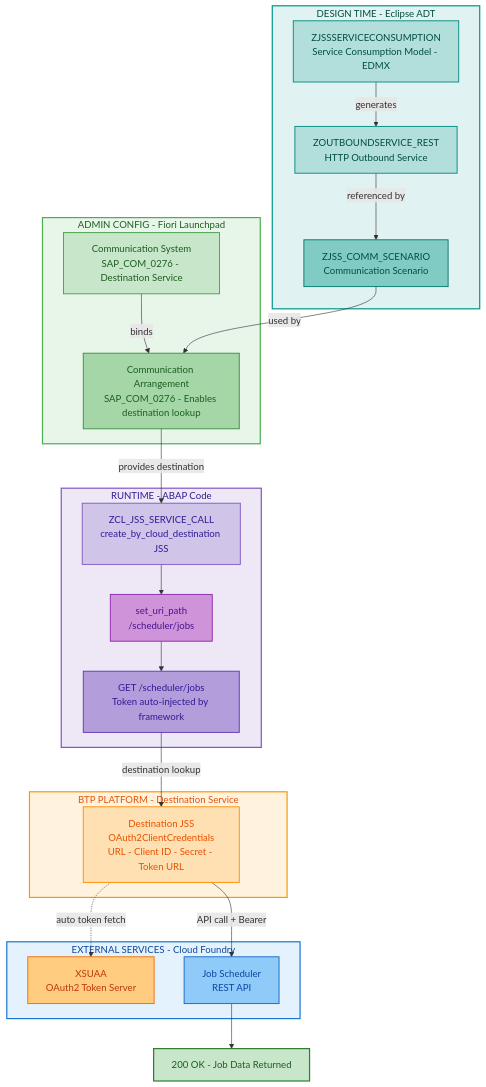
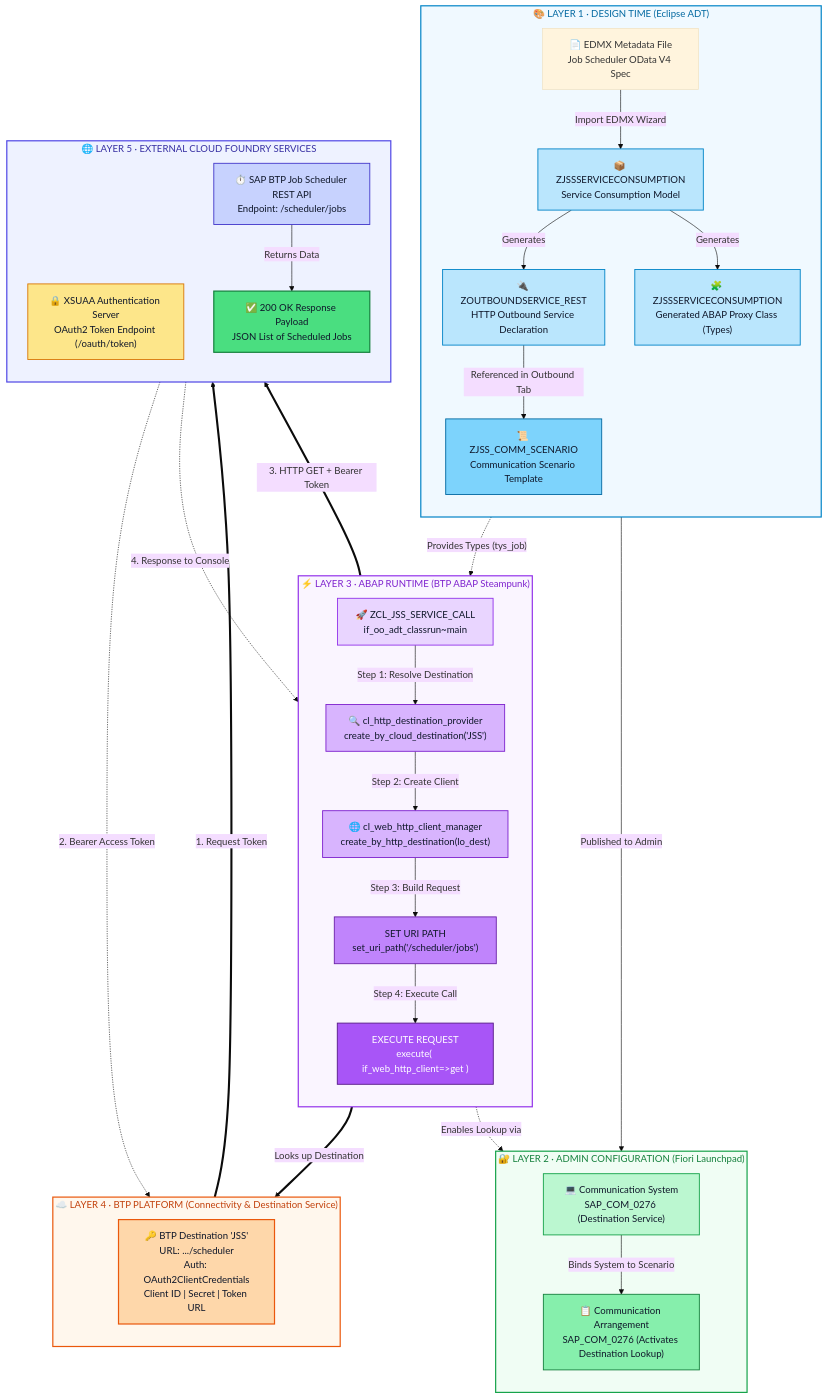
One commit to Kalpa-Ranjan/RAP-Consume-BTP-JSS-Service changed the first of 2 diagrams in README.md. Above: the diagram before and after it, drawn with Mermaid.

Commit message:
docs: enhance end-to-end architecture diagram with 5 color-coded layers and icons

````diff
--- a/README.md
+++ b/README.md
@@ -65,59 +65,86 @@
 ```mermaid
+%%{init: {'theme': 'base', 'themeVariables': { 'curve': 'linear' }}}%%
 flowchart TD
-    subgraph DT["DESIGN TIME - Eclipse ADT"]
-        SCM["ZJSSSERVICECONSUMPTION\nService Consumption Model - EDMX"]
-        OS["ZOUTBOUNDSERVICE_REST\nHTTP Outbound Service"]
-        CS["ZJSS_COMM_SCENARIO\nCommunication Scenario"]
-        SCM -->|generates| OS
-        OS -->|referenced by| CS
+    subgraph L1 ["🎨 LAYER 1 · DESIGN TIME (Eclipse ADT)"]
+        direction TB
+        EDMX["📄 EDMX Metadata File\nJob Scheduler OData V4 Spec"]
+        SCM["📦 ZJSSSERVICECONSUMPTION\nService Consumption Model"]
+        OS["🔌 ZOUTBOUNDSERVICE_REST\nHTTP Outbound Service Declaration"]
+        PROXY["🧩 ZJSSSERVICECONSUMPTION\nGenerated ABAP Proxy Class (Types)"]
+        CS["📜 ZJSS_COMM_SCENARIO\nCommunication Scenario Template"]
+
+        EDMX -->|"Import EDMX Wizard"| SCM
+        SCM -->|"Generates"| OS
+        SCM -->|"Generates"| PROXY
+        OS -->|"Referenced in Outbound Tab"| CS
     end
 
-    subgraph AC["ADMIN CONFIG - Fiori Launchpad"]
-        CSYS["Communication System\nSAP_COM_0276 - Destination Service"]
-        CA["Communication Arrangement\nSAP_COM_0276 - Enables destination lookup"]
-        CSYS -->|binds| CA
+    subgraph L2 ["🔐 LAYER 2 · ADMIN CONFIGURATION (Fiori Launchpad)"]
+        direction TB
+        CSYS["💻 Communication System\nSAP_COM_0276 (Destination Service)"]
+        CARR["📋 Communication Arrangement\nSAP_COM_0276 (Activates Destination Lookup)"]
+
+        CSYS -->|"Binds System to Scenario"| CARR
     end
 
-    subgraph RT["RUNTIME - ABAP Code"]
-        CLS["ZCL_JSS_SERVICE_CALL\ncreate_by_cloud_destination JSS"]
-        URI["set_uri_path\n/scheduler/jobs"]
-        API["GET /scheduler/jobs\nToken auto-injected by framework"]
-        CLS --> URI
-        URI --> API
+    subgraph L3 ["⚡ LAYER 3 · ABAP RUNTIME (BTP ABAP Steampunk)"]
+        direction TB
+        CLASSRUN["🚀 ZCL_JSS_SERVICE_CALL\nif_oo_adt_classrun~main"]
+        DEST_PROV["🔍 cl_http_destination_provider\ncreate_by_cloud_destination('JSS')"]
+        HTTP_MGR["🌐 cl_web_http_client_manager\ncreate_by_http_destination(lo_dest)"]
+        REQ["SET URI PATH\nset_uri_path('/scheduler/jobs')"]
+        EXEC["EXECUTE REQUEST\nexecute( if_web_http_client=>get )"]
+
+        CLASSRUN -->|"Step 1: Resolve Destination"| DEST_PROV
+        DEST_PROV -->|"Step 2: Create Client"| HTTP_MGR
+        HTTP_MGR -->|"Step 3: Build Request"| REQ
+        REQ -->|"Step 4: Execute Call"| EXEC
     end
 
-    subgraph BP["BTP PLATFORM - Destination Service"]
-        DST["Destination JSS\nOAuth2ClientCredentials\nURL - Client ID - Secret - Token URL"]
+    subgraph L4 ["☁️ LAYER 4 · BTP PLATFORM (Connectivity & Destination Service)"]
+        direction TB
+        DEST["🔑 BTP Destination 'JSS'\nURL: .../scheduler\nAuth: OAuth2ClientCredentials\nClient ID | Secret | Token URL"]
     end
 
-    subgraph EX["EXTERNAL SERVICES - Cloud Foundry"]
-        XSUAA["XSUAA\nOAuth2 Token Server"]
-        JSS["Job Scheduler\nREST API"]
+    subgraph L5 ["🌐 LAYER 5 · EXTERNAL CLOUD FOUNDRY SERVICES"]
+        direction TB
+        XSUAA["🔒 XSUAA Authentication Server\nOAuth2 Token Endpoint (/oauth/token)"]
+        JOBSCHED["⏱️ SAP BTP Job Scheduler REST API\nEndpoint: /scheduler/jobs"]
+        RESP["✅ 200 OK Response Payload\nJSON List of Scheduled Jobs"]
+
+        JOBSCHED -->|"Returns Data"| RESP
     end
 
-    CS -->|used by| CA
-    CA -->|provides destination| CLS
-    API -->|destination lookup| DST
-    DST -.->|auto token fetch| XSUAA
-    DST -->|API call + Bearer| JSS
-    JSS --> RES["200 OK - Job Data Returned"]
+    %% Cross-Layer Interconnections
+    CS -->|"Published to Admin"| CARR
+    DEST_PROV -.->|"Enables Lookup via"| CARR
+    DEST_PROV ==>|"Looks up Destination"| DEST
+    DEST ==>|"1. Request Token"| XSUAA
+    XSUAA -.->|"2. Bearer Access Token"| DEST
+    EXEC ==>|"3. HTTP GET + Bearer Token"| JOBSCHED
+    RESP -.->|"4. Response to Console"| CLASSRUN
+    PROXY -.->|"Provides Types (tys_job)"| CLASSRUN
 
-    style DT fill:#E0F2F1,stroke:#009688,stroke-width:2px,color:#004D40
-    style AC fill:#E8F5E9,stroke:#4CAF50,stroke-width:2px,color:#1B5E20
-    style RT fill:#EDE7F6,stroke:#7E57C2,stroke-width:2px,color:#311B92
-    style BP fill:#FFF3E0,stroke:#FF9800,stroke-width:2px,color:#E65100
-    style EX fill:#E3F2FD,stroke:#1976D2,stroke-width:2px,color:#0D47A1
+    %% Custom Styling Tokens
+    style L1 fill:#f0f9ff,stroke:#0284c7,stroke-width:2px,color:#0369a1
+    style L2 fill:#f0fdf4,stroke:#16a34a,stroke-width:2px,color:#15803d
+    style L3 fill:#faf5ff,stroke:#9333ea,stroke-width:2px,color:#7e22ce
+    style L4 fill:#fff7ed,stroke:#ea580c,stroke-width:2px,color:#c2410c
+    style L5 fill:#eef2ff,stroke:#4f46e5,stroke-width:2px,color:#3730a3
 
-    style SCM fill:#B2DFDB,stroke:#00897B,stroke-width:1.5px,color:#004D40
-    style OS fill:#B2DFDB,stroke:#00897B,stroke-width:1.5px,color:#004D40
-    style CS fill:#80CBC4,stroke:#00796B,stroke-width:1.5px,color:#004D40
-    style CSYS fill:#C8E6C9,stroke:#43A047,stroke-width:1.5px,color:#1B5E20
-    style CA fill:#A5D6A7,stroke:#388E3C,stroke-width:1.5px,color:#1B5E20
-    style CLS fill:#D1C4E9,stroke:#7E57C2,stroke-width:1.5px,color:#311B92
-    style URI fill:#CE93D8,stroke:#8E24AA,stroke-width:1.5px,color:#4A148C
-    style API fill:#B39DDB,stroke:#5E35B1,stroke-width:1.5px,color:#311B92
-    style DST fill:#FFE0B2,stroke:#FB8C00,stroke-width:1.5px,color:#E65100
-    style XSUAA fill:#FFCC80,stroke:#EF6C00,stroke-width:1.5px,color:#BF360C
-    style JSS fill:#90CAF9,stroke:#1565C0,stroke-width:1.5px,color:#0D47A1
-    style RES fill:#C8E6C9,stroke:#2E7D32,stroke-width:2px,color:#1B5E20
+    style SCM fill:#bae6fd,stroke:#0284c7,stroke-width:1.5px,color:#0f172a
+    style OS fill:#bae6fd,stroke:#0284c7,stroke-width:1.5px,color:#0f172a
+    style PROXY fill:#bae6fd,stroke:#0284c7,stroke-width:1.5px,color:#0f172a
+    style CS fill:#7dd3fc,stroke:#0369a1,stroke-width:1.5px,color:#0f172a
+    style CSYS fill:#bbf7d0,stroke:#16a34a,stroke-width:1.5px,color:#0f172a
+    style CARR fill:#86efac,stroke:#15803d,stroke-width:1.5px,color:#0f172a
+    style CLASSRUN fill:#e9d5ff,stroke:#9333ea,stroke-width:1.5px,color:#0f172a
+    style DEST_PROV fill:#d8b4fe,stroke:#7e22ce,stroke-width:1.5px,color:#0f172a
+    style HTTP_MGR fill:#d8b4fe,stroke:#7e22ce,stroke-width:1.5px,color:#0f172a
+    style REQ fill:#c084fc,stroke:#6b21a8,stroke-width:1.5px,color:#0f172a
+    style EXEC fill:#a855f7,stroke:#581c87,stroke-width:1.5px,color:#fff
+    style DEST fill:#fed7aa,stroke:#ea580c,stroke-width:2px,color:#0f172a
+    style XSUAA fill:#fde68a,stroke:#d97706,stroke-width:1.5px,color:#0f172a
+    style JOBSCHED fill:#c7d2fe,stroke:#4338ca,stroke-width:1.5px,color:#0f172a
+    style RESP fill:#4ade80,stroke:#15803d,stroke-width:2px,color:#0f172a
 ```
````
